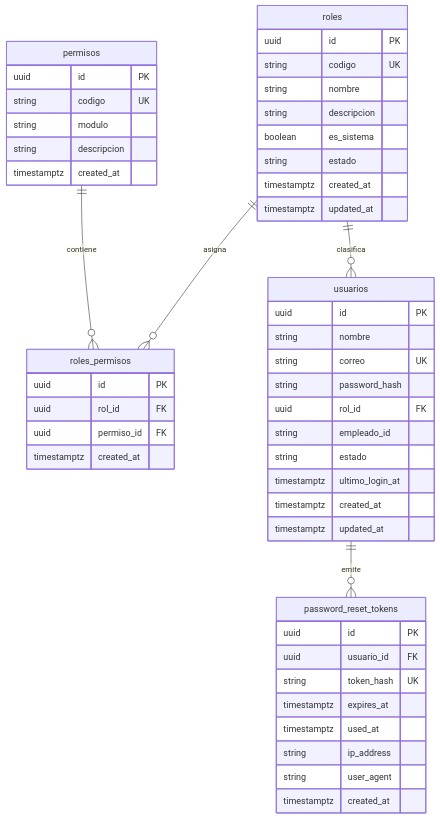
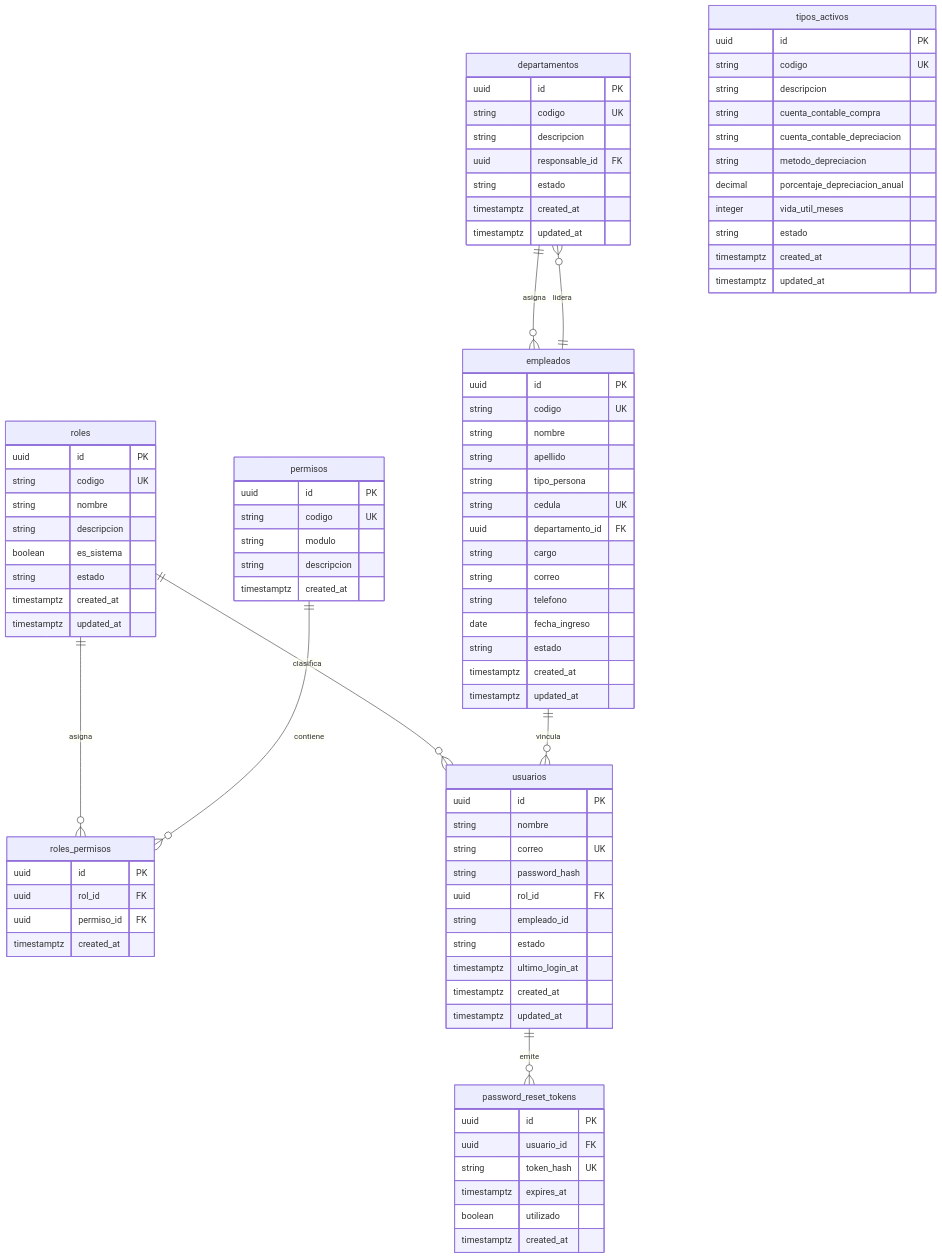
The diagram in docs/architecture/database-architecture.md (JeremyJS20/activa_core), drawn with Mermaid before and after one commit. The commit also changed other lines of this file and 2 other files, not shown here.

Commit message:
docs(architecture): consolidate living system documentation and complete sub-module 01 certification

````diff
--- a/docs/architecture/database-architecture.md
+++ b/docs/architecture/database-architecture.md
@@ -35,6 +35,50 @@
     permisos ||--o{ roles_permisos : contiene
     roles ||--o{ usuarios : clasifica
     usuarios ||--o{ password_reset_tokens : emite
+    departamentos ||--o{ empleados : asigna
+    departamentos }o--|| empleados : lidera
+    empleados ||--o{ usuarios : vincula
+
+    departamentos {
+        uuid id PK
+        string codigo UK
+        string descripcion
+        uuid responsable_id FK
+        string estado
+        timestamptz created_at
+        timestamptz updated_at
+    }
+
+    tipos_activos {
+        uuid id PK
+        string codigo UK
+        string descripcion
+        string cuenta_contable_compra
+        string cuenta_contable_depreciacion
+        string metodo_depreciacion
+        decimal porcentaje_depreciacion_anual
+        integer vida_util_meses
+        string estado
+        timestamptz created_at
+        timestamptz updated_at
+    }
+
+    empleados {
+        uuid id PK
+        string codigo UK
+        string nombre
+        string apellido
+        string tipo_persona
+        string cedula UK
+        uuid departamento_id FK
+        string cargo
+        string correo
+        string telefono
+        date fecha_ingreso
+        string estado
+        timestamptz created_at
+        timestamptz updated_at
+    }
 
     roles {
         uuid id PK
@@ -80,9 +124,7 @@
         uuid usuario_id FK
         string token_hash UK
         timestamptz expires_at
-        timestamptz used_at
-        string ip_address
-        string user_agent
+        boolean utilizado
         timestamptz created_at
     }
 ```
````
